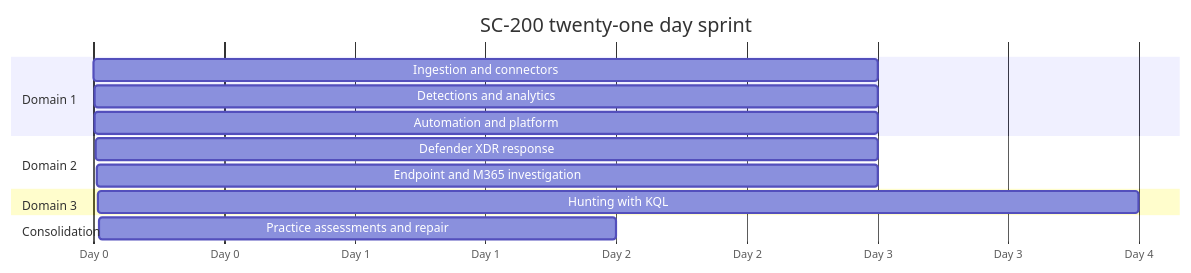
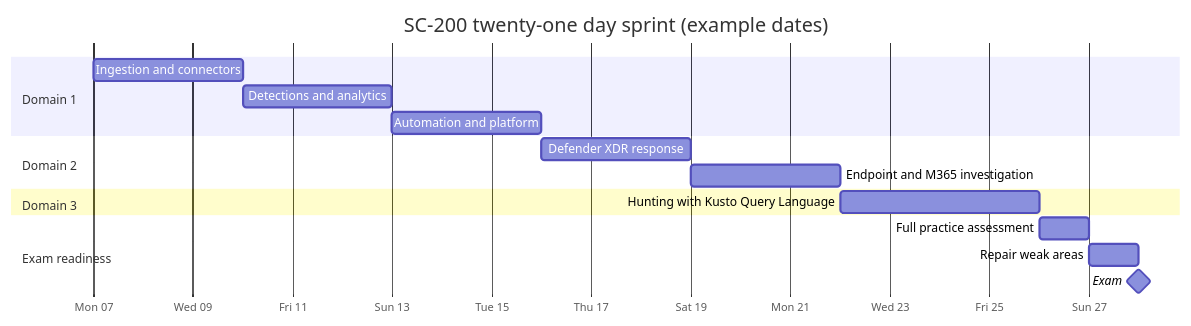
One commit to carolinemutua/cert-study-kits changed the diagram in sc-200-security-operations/plan.md. Above: the diagram before and after it, drawn with Mermaid. The commit also changed other lines of this file, not shown here.

Commit message:
Fix SC-200 sprint gantt rendering (#15)
The gantt used dateFormat X with numeric day offsets, which Mermaid reads as
Unix epoch seconds. Every day fell within the same instant, so the axis
repeated the same label and five bars computed a negative width. The chart
published as an empty box.

Replaces it with illustrative calendar dates and an axis format, matching the
convention already used by the other three certification kits, and adds the
explanatory sentence those kits carry so a reader knows to substitute real
dates. An exam milestone is added to mark the sitting.

Verified by rendering with mermaid 10.9.0, the version pinned in the site
config: eighteen rectangles, none negative, with a correct calendar axis.

````diff
--- a/sc-200-security-operations/plan.md
+++ b/sc-200-security-operations/plan.md
@@ -21,17 +25,19 @@
 ```mermaid
 gantt
-    title SC-200 twenty-one day sprint
-    dateFormat X
-    axisFormat Day %s
+    title SC-200 twenty-one day sprint (example dates)
+    dateFormat YYYY-MM-DD
+    axisFormat %a %d
     section Domain 1
-    Ingestion and connectors      :0, 3
-    Detections and analytics      :3, 3
-    Automation and platform       :6, 3
+    Ingestion and connectors             :2026-09-07, 3d
+    Detections and analytics             :2026-09-10, 3d
+    Automation and platform              :2026-09-13, 3d
     section Domain 2
-    Defender XDR response         :9, 3
-    Endpoint and M365 investigation :12, 3
+    Defender XDR response                :2026-09-16, 3d
+    Endpoint and M365 investigation      :2026-09-19, 3d
     section Domain 3
-    Hunting with KQL              :15, 4
-    section Consolidation
-    Practice assessments and repair :19, 2
+    Hunting with Kusto Query Language    :2026-09-22, 4d
+    section Exam readiness
+    Full practice assessment             :2026-09-26, 1d
+    Repair weak areas                    :2026-09-27, 1d
+    Exam                                 :milestone, 2026-09-28, 0d
 ```
````
